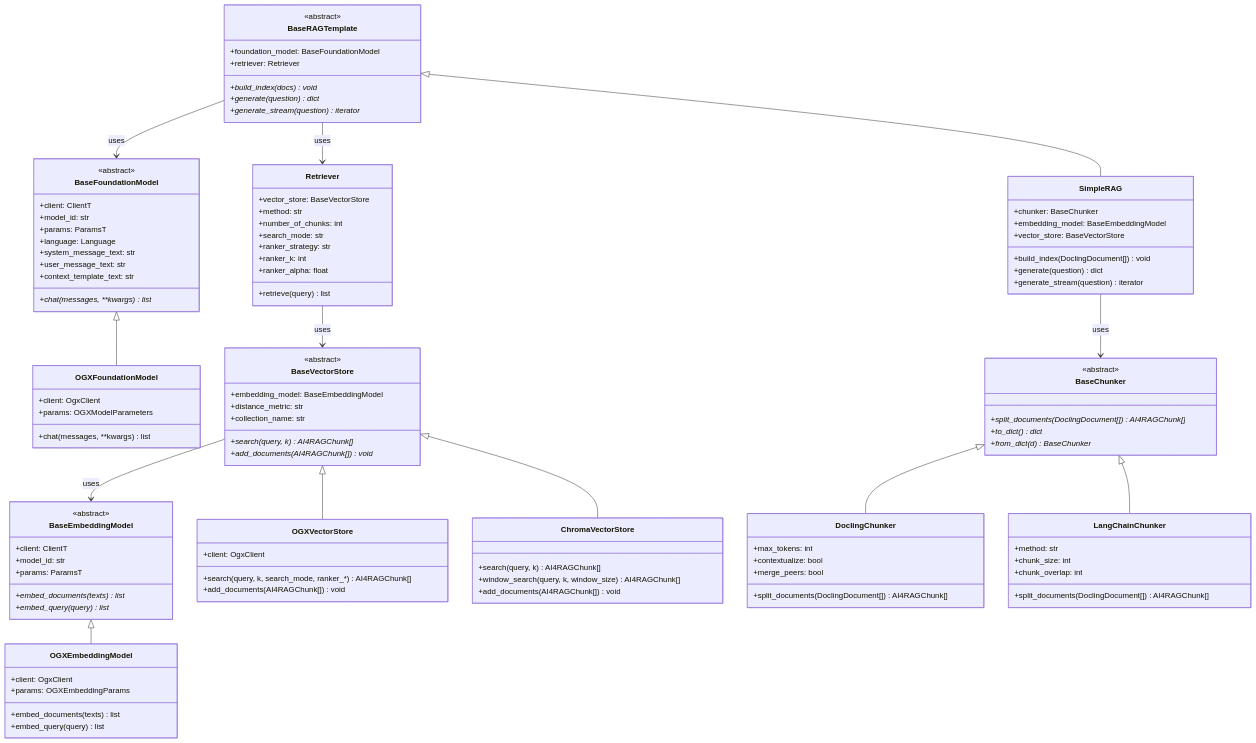
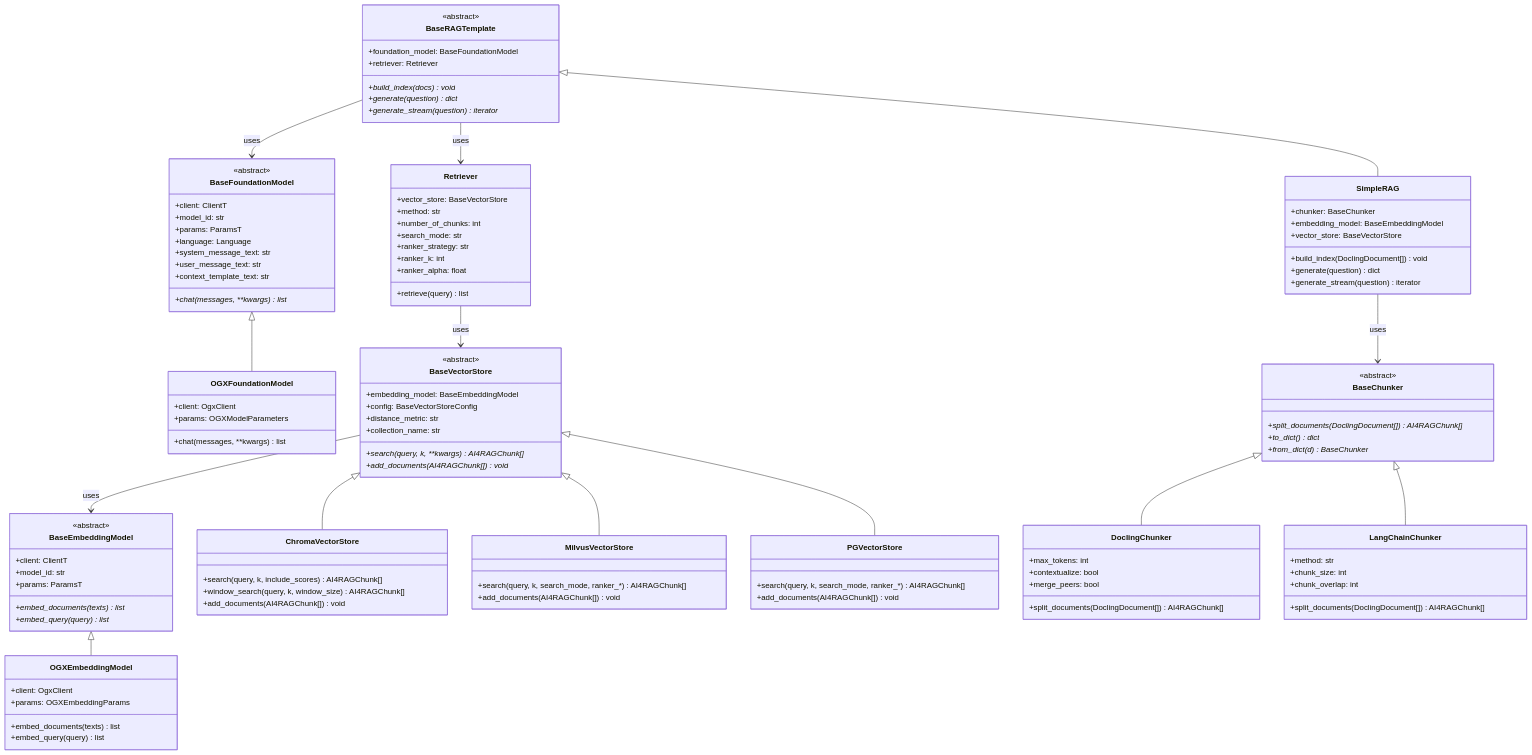
The diagram in docs/architecture/rag-components.md (IBM/ai4rag), drawn with Mermaid before and after one commit. The commit also changed other lines of this file and 86 other files, not shown here.

First line of the commit message:
Switch vector store to direct clients (#118)

```diff
--- a/docs/architecture/rag-components.md
+++ b/docs/architecture/rag-components.md
@@ -45,21 +45,26 @@
     class BaseVectorStore {
         <<abstract>>
         +embedding_model: BaseEmbeddingModel
+        +config: BaseVectorStoreConfig
         +distance_metric: str
         +collection_name: str
-        +search(query, k)* AI4RAGChunk[]
+        +search(query, k, **kwargs)* AI4RAGChunk[]
         +add_documents(AI4RAGChunk[])* void
     }
 
-    class OGXVectorStore {
-        +client: OgxClient
+    class ChromaVectorStore {
+        +search(query, k, include_scores) AI4RAGChunk[]
+        +window_search(query, k, window_size) AI4RAGChunk[]
+        +add_documents(AI4RAGChunk[]) void
+    }
+
+    class MilvusVectorStore {
         +search(query, k, search_mode, ranker_*) AI4RAGChunk[]
         +add_documents(AI4RAGChunk[]) void
     }
 
-    class ChromaVectorStore {
-        +search(query, k) AI4RAGChunk[]
-        +window_search(query, k, window_size) AI4RAGChunk[]
+    class PGVectorStore {
+        +search(query, k, search_mode, ranker_*) AI4RAGChunk[]
         +add_documents(AI4RAGChunk[]) void
     }
 
@@ -115,8 +120,9 @@
 
     BaseFoundationModel <|-- OGXFoundationModel
     BaseEmbeddingModel <|-- OGXEmbeddingModel
-    BaseVectorStore <|-- OGXVectorStore
     BaseVectorStore <|-- ChromaVectorStore
+    BaseVectorStore <|-- MilvusVectorStore
+    BaseVectorStore <|-- PGVectorStore
     BaseChunker <|-- DoclingChunker
     BaseChunker <|-- LangChainChunker
     BaseRAGTemplate <|-- SimpleRAG
```
